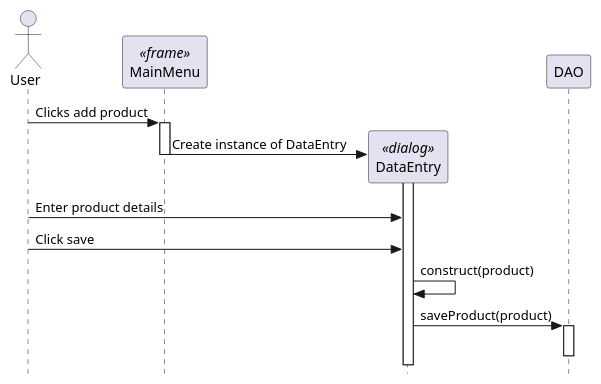
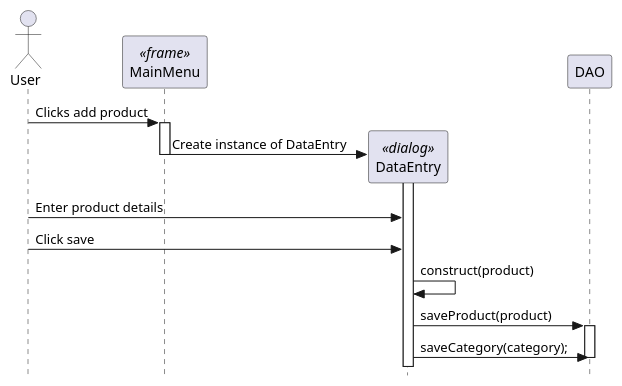
Before and after one commit to Jack-Baucke/INFO202-Project: the diagram in addNewProduct.puml, drawn with PlantUML.

Commit message:
Added saveCategory() method to addNewProduct UML diagram.

```diff
--- a/addNewProduct.puml
+++ b/addNewProduct.puml
@@ -1,23 +1,25 @@
 @startuml
 skinparam style strictuml
 
 actor "User" as user
 participant "MainMenu" as mainMenu <<frame>>
 
 user -> mainMenu++ : Clicks add product
 
 create "DataEntry" as dataEntry <<dialog>>
 
 mainMenu -> dataEntry++: Create instance of DataEntry
 mainMenu--
 
 user -> dataEntry: Enter product details
 user -> dataEntry: Click save
 dataEntry -> dataEntry: construct(product)
 
 participant "DAO" as dao
 
-dataEntry -> dao++ : saveProduct(product)
+dataEntry -> dao++: saveProduct(product)
+dataEntry -> dao: saveCategory(category);
+
 dao--
 
 @enduml
```
